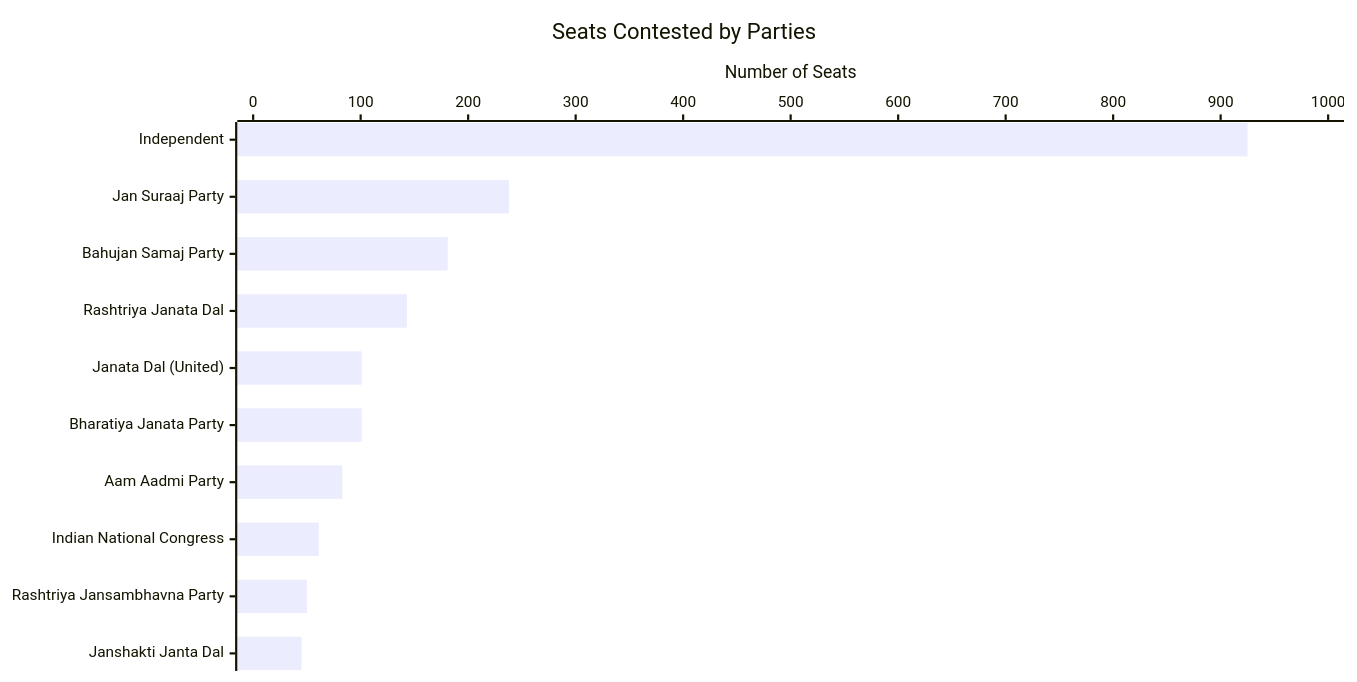
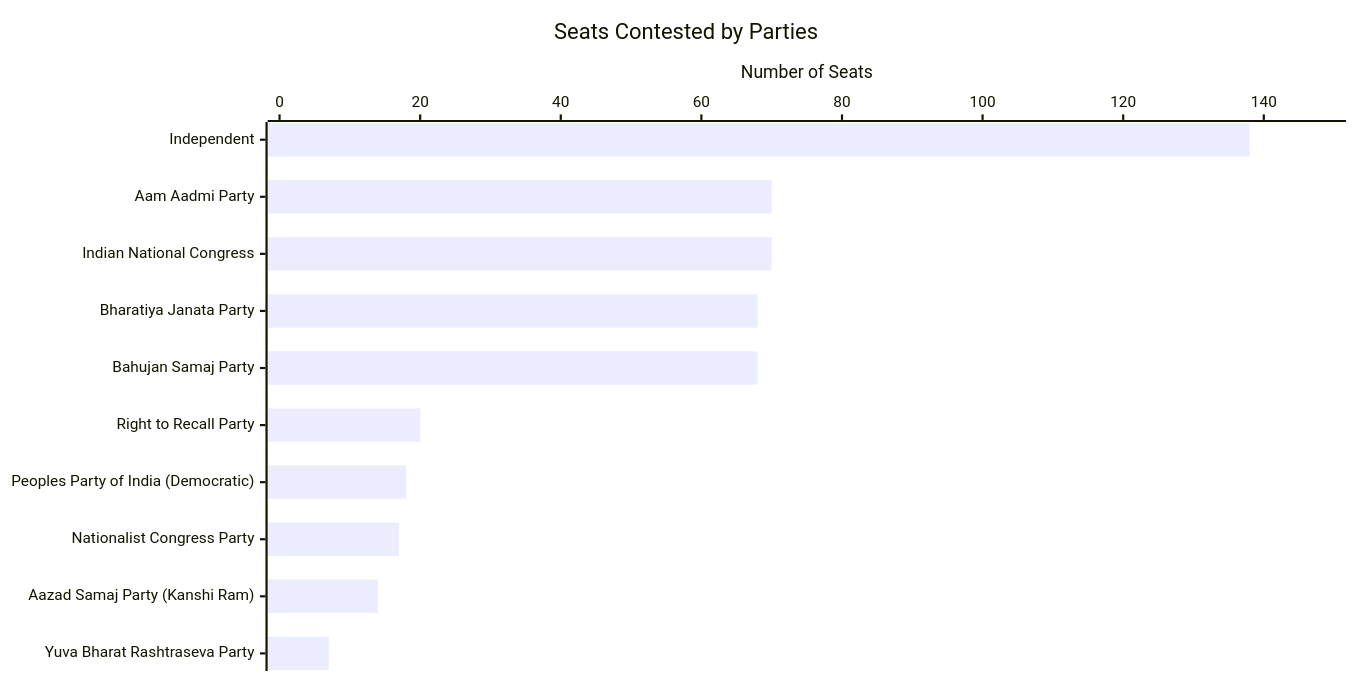
Before and after one commit to arjunswaj/elections: the first of 23 diagrams in BIHAR-GRAPH.md, drawn with Mermaid. The commit also changed other lines of this file and 9 other files, not shown here.

````diff
--- a/BIHAR-GRAPH.md
+++ b/BIHAR-GRAPH.md
@@ -53,17 +53,17 @@
 ```mermaid
 ---
 config:
     xyChart:
         width: 1200
         height: 600
         chartOrientation: horizontal
         dataLabels:
             enabled: true
             placement: end
 ---
 xychart-beta
     title "Seats Contested by Parties"
-    x-axis ["Independent", "Jan Suraaj Party", "Bahujan Samaj Party", "Rashtriya Janata Dal", "Janata Dal (United)", "Bharatiya Janata Party", "Aam Aadmi Party", "Indian National Congress", "Rashtriya Jansambhavna Party", "Janshakti Janta Dal"]
-    y-axis "Number of Seats" 0 --> 1000
-    bar [925, 238, 181, 143, 101, 101, 83, 61, 50, 45]
+    x-axis ["Independent", "Aam Aadmi Party", "Indian National Congress", "Bharatiya Janata Party", "Bahujan Samaj Party", "Right to Recall Party", "Peoples Party of India (Democratic)", "Nationalist Congress Party", "Aazad Samaj Party (Kanshi Ram)", "Yuva Bharat Rashtraseva Party"]
+    y-axis "Number of Seats" 0 --> 150
+    bar [138, 70, 70, 68, 68, 20, 18, 17, 14, 7]
 ```
````
